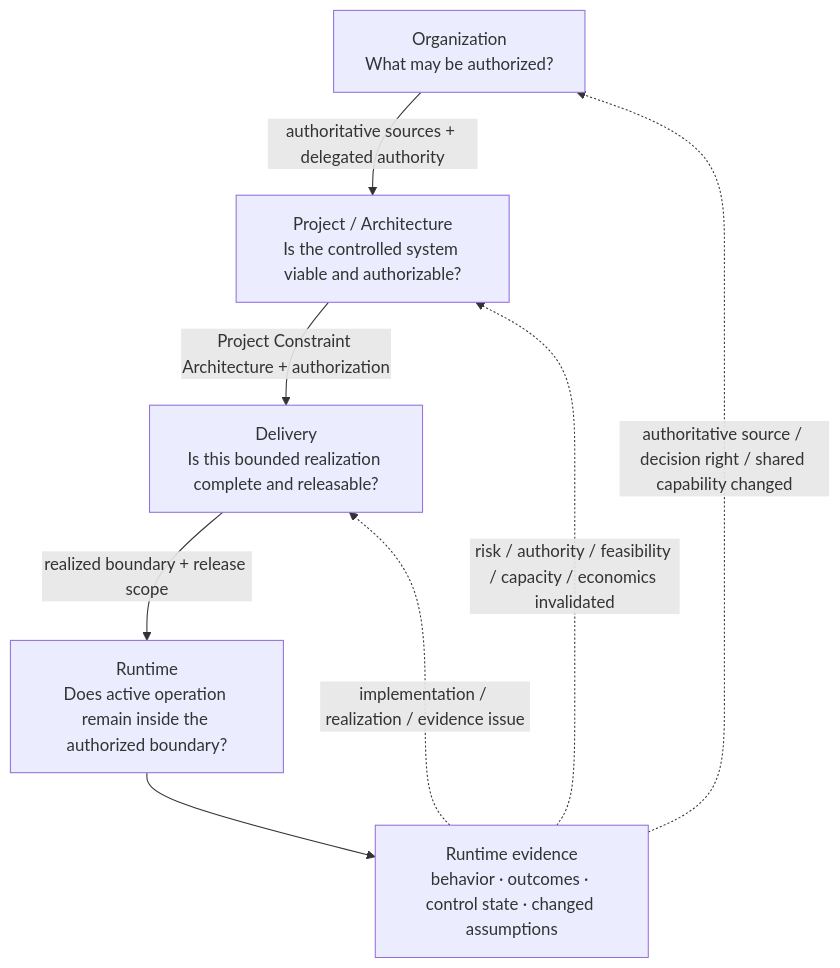
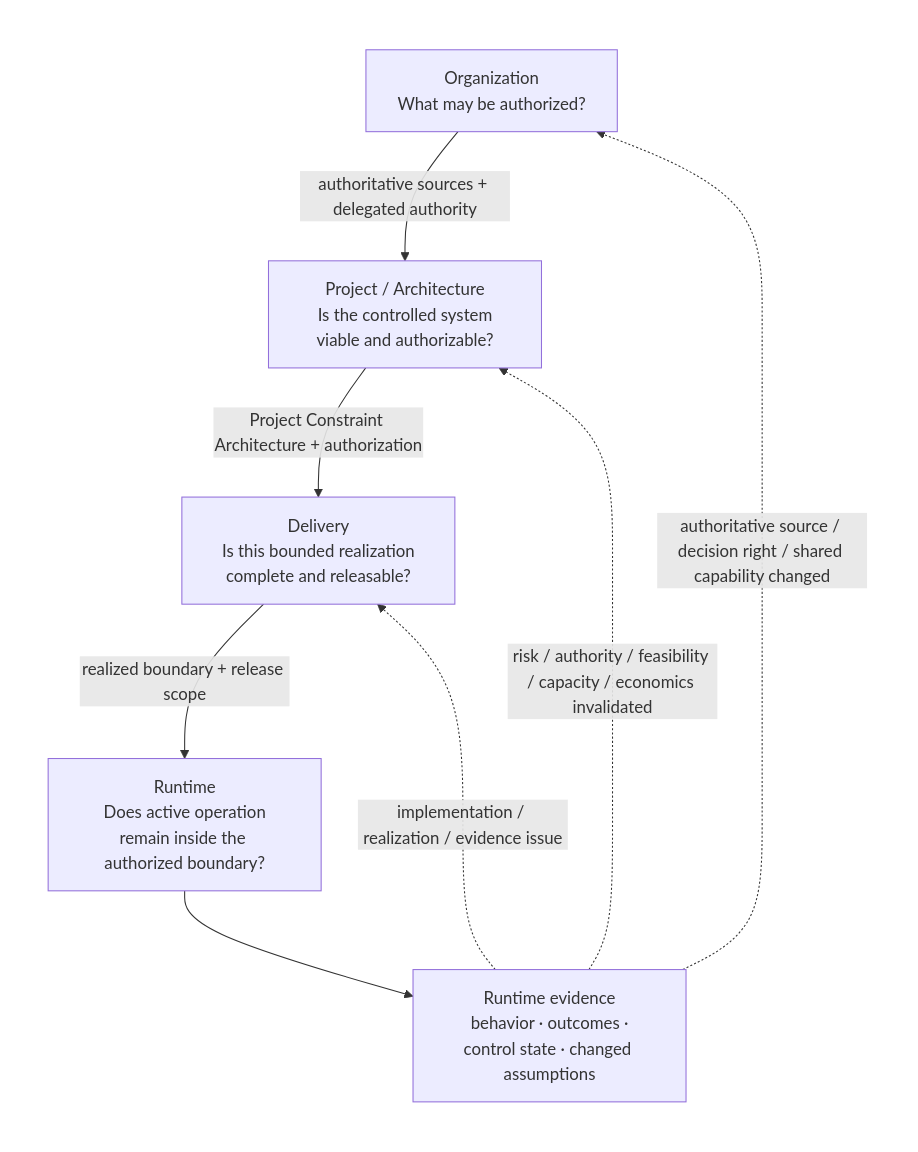
The sixth of 14 diagrams in content/research/notes/open-engineering-specification-article-draft.md (UncertaintyArchitectureGroup/uncertainty-architecture), drawn with Mermaid before and after one commit. The commit also changed other lines of this file, not shown here.

Commit message:
fix(research): stabilize Mermaid rendering

````diff
--- a/content/research/notes/open-engineering-specification-article-draft.md
+++ b/content/research/notes/open-engineering-specification-article-draft.md
@@ -288,17 +288,22 @@
 ```mermaid
 flowchart TB
-    O["Organization<br/>What may be authorized?"]
-    P["Project / Architecture<br/>Is the controlled system viable and authorizable?"]
-    D["Delivery<br/>Is this bounded realization complete and releasable?"]
-    R["Runtime<br/>Does active operation remain inside the authorized boundary?"]
-    E["Runtime evidence<br/>behavior · outcomes · control state · changed assumptions"]
+    subgraph SPINE[" "]
+        direction TB
+        O["Organization<br/> What may be authorized?"]
+        P["Project / Architecture<br/> Is the controlled system viable and authorizable?"]
+        D["Delivery<br/> Is this bounded realization complete and releasable?"]
+        R["Runtime<br/> Does active operation remain inside the authorized boundary?"]
+        E["Runtime evidence<br/> behavior · outcomes · control state · changed assumptions"]
 
-    O -->|authoritative sources + delegated authority| P
-    P -->|Project Constraint Architecture + authorization| D
-    D -->|realized boundary + release scope| R
-    R --> E
+        O -->|authoritative sources + delegated authority| P
+        P -->|Project Constraint Architecture + authorization| D
+        D -->|realized boundary + release scope| R
+        R --> E
+    end
 
     E -.->|implementation / realization / evidence issue| D
     E -.->|risk / authority / feasibility / capacity / economics invalidated| P
     E -.->|authoritative source / decision right / shared capability changed| O
+
+    style SPINE fill:none,stroke:none
 ```
````
